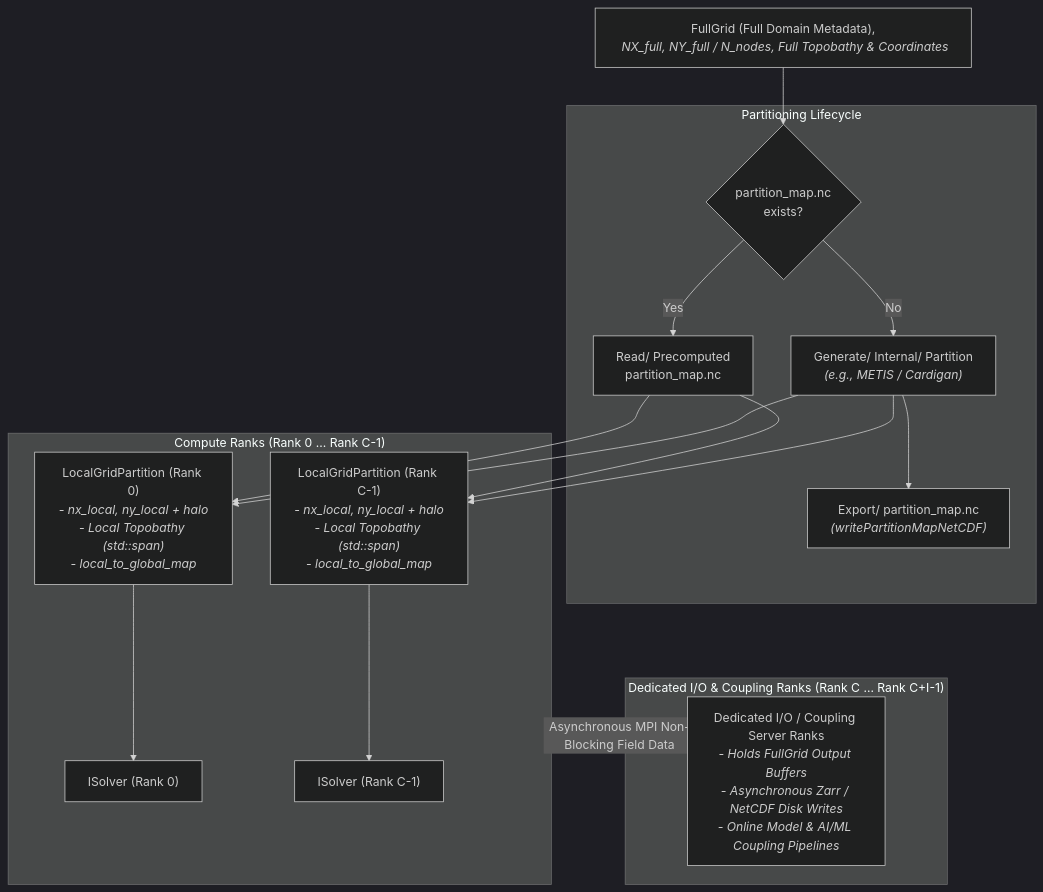
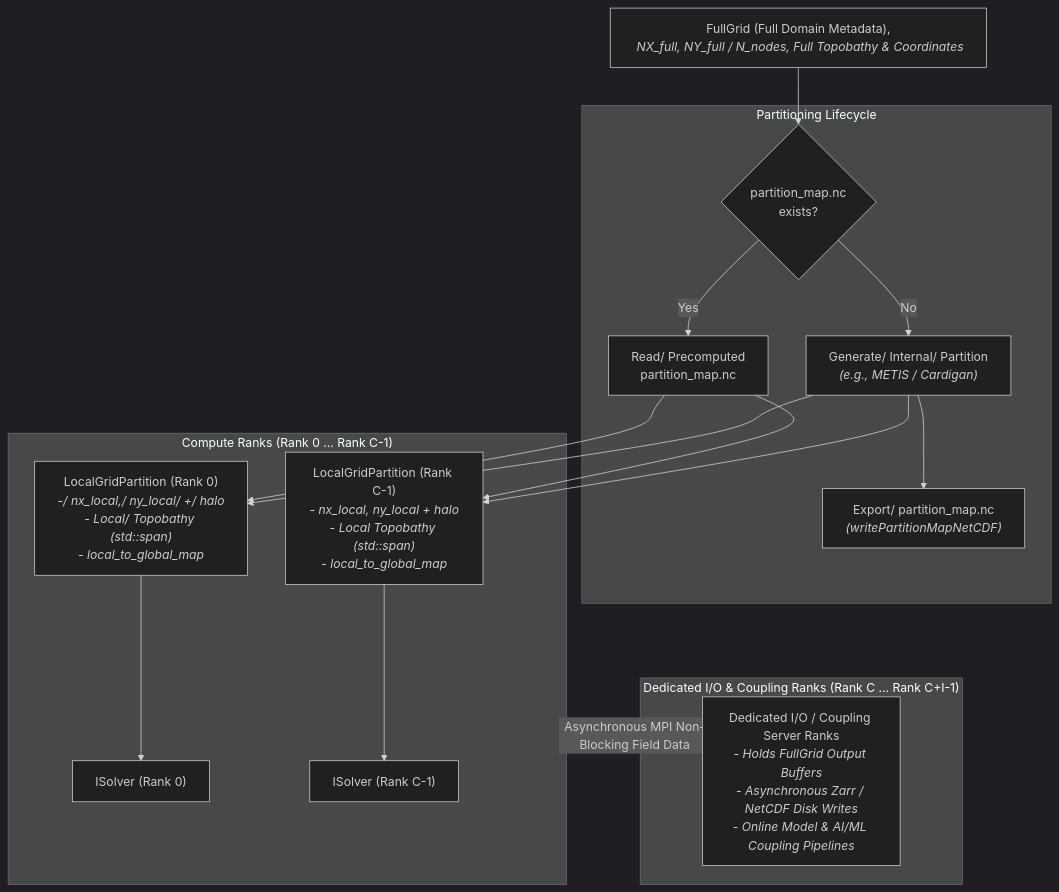
Before and after one commit to HendrikTolman-NOAA/WW4_HLT: the third of 3 diagrams in ASSESSMENT.md, drawn with Mermaid (dark theme).

Commit message:
Update LocalGridPartition description formatting

````diff
--- a/ASSESSMENT.md
+++ b/ASSESSMENT.md
@@ -208,39 +208,39 @@
 ```mermaid
 graph TD
     FG["FullGrid&nbsp;(Full&nbsp;Domain&nbsp;Metadata),<br/><i>&nbsp;NX_full,&nbsp;NY_full&nbsp;/&nbsp;N_nodes,&nbsp;Full&nbsp;Topobathy&nbsp;&&nbsp;Coordinates</i>"]
 
     subgraph PartMap ["Partitioning Lifecycle"]
         PM_CHK{"partition_map.nc<br/>exists?"}
         PM_READ["Read/&nbsp;Precomputed<br/>partition_map.nc"]
         PM_GEN["Generate/&nbsp;Internal/&nbsp;Partition<br/><i>(e.g., METIS / Cardigan)</i>"]
         PM_WRITE["Export/&nbsp;partition_map.nc<br/><i>(writePartitionMapNetCDF)</i>"]
 
         PM_CHK -- Yes --> PM_READ
         PM_CHK -- No --> PM_GEN
         PM_GEN --> PM_WRITE
     end
 
     FG --> PM_CHK
 
     subgraph ComputeRanks ["Compute Ranks (Rank 0 ... Rank C-1)"]
-        LP0["LocalGridPartition (Rank 0)<br/><i>- nx_local, ny_local + halo</i><br/><i>- Local Topobathy (std::span)</i><br/><i>- local_to_global_map</i>"]
+        LP0["LocalGridPartition (Rank 0)<br/><i>-/&nbsp;nx_local,/&nbsp;ny_local/&nbsp;+/&nbsp;halo</i><br/><i>- Local/&nbsp;Topobathy (std::span)</i><br/><i>- local_to_global_map</i>"]
         LPC["LocalGridPartition (Rank C-1)<br/><i>- nx_local, ny_local + halo</i><br/><i>- Local Topobathy (std::span)</i><br/><i>- local_to_global_map</i>"]
 
         S0["ISolver (Rank 0)"]
         SC["ISolver (Rank C-1)"]
 
         LP0 --> S0
         LPC --> SC
     end
 
     subgraph IORanks ["Dedicated I/O & Coupling Ranks (Rank C ... Rank C+I-1)"]
         IOR["Dedicated I/O / Coupling Server Ranks<br/><i>- Holds FullGrid Output Buffers</i><br/><i>- Asynchronous Zarr / NetCDF Disk Writes</i><br/><i>- Online Model & AI/ML Coupling Pipelines</i>"]
     end
 
     PM_READ --> LP0
     PM_READ --> LPC
     PM_GEN --> LP0
     PM_GEN --> LPC
 
     ComputeRanks -. Asynchronous MPI Non-Blocking Field Data .-> IOR
 ```
````
